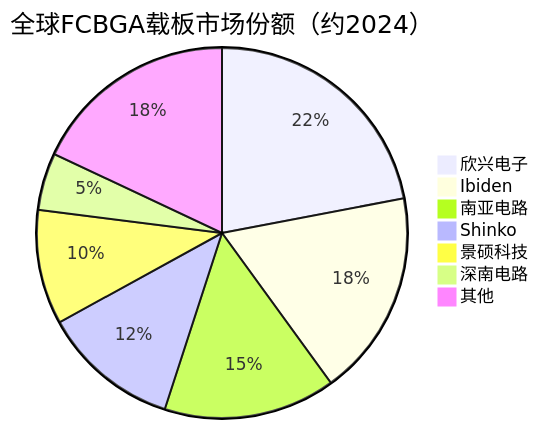
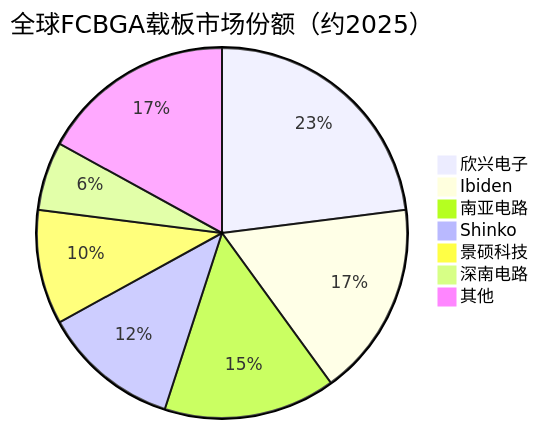
One commit to blueprint1453/industry-insight changed the third of 3 diagrams in AI产业链/细分配套/基板材料.md. Above: the diagram before and after it, drawn with Mermaid. The commit also changed other lines of this file and 78 other files, not shown here.

````diff
--- a/AI产业链/细分配套/基板材料.md
+++ b/AI产业链/细分配套/基板材料.md
@@ -107,10 +107,10 @@
 ```mermaid
-pie title 全球FCBGA载板市场份额（约2024）
-    "欣兴电子" : 22
-    "Ibiden" : 18
+pie title 全球FCBGA载板市场份额（约2025）
+    "欣兴电子" : 23
+    "Ibiden" : 17
     "南亚电路" : 15
     "Shinko" : 12
     "景硕科技" : 10
-    "深南电路" : 5
-    "其他" : 18
+    "深南电路" : 6
+    "其他" : 17
 ```
````
